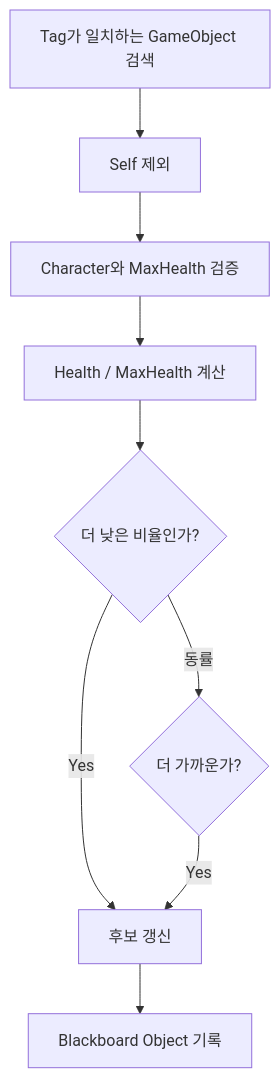
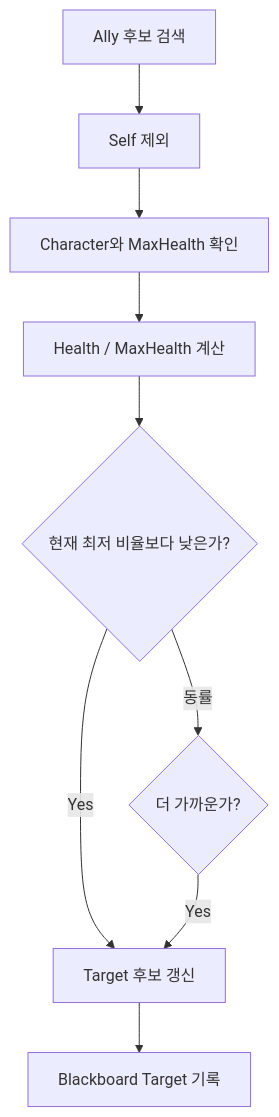
Before and after one commit to DuckBaee/AR-Autobattler-Code-Portfolio: the second of 3 diagrams in Docs/Architecture.md, drawn with Mermaid. The commit also changed other lines of this file and 5 other files, not shown here.

````diff
--- a/Docs/Architecture.md
+++ b/Docs/Architecture.md
@@ -76,11 +76,11 @@
 ```mermaid
 flowchart TD
-    Candidates[Tag가 일치하는 GameObject 검색] --> ExcludeSelf[Self 제외]
-    ExcludeSelf --> Validate[Character와 MaxHealth 검증]
+    Candidates[Ally 후보 검색] --> ExcludeSelf[Self 제외]
+    ExcludeSelf --> Validate[Character와 MaxHealth 확인]
     Validate --> Ratio[Health / MaxHealth 계산]
-    Ratio --> Lowest{더 낮은 비율인가?}
-    Lowest -->|Yes| Select[후보 갱신]
+    Ratio --> Lowest{현재 최저 비율보다 낮은가?}
+    Lowest -->|Yes| Select[Target 후보 갱신]
     Lowest -->|동률| Nearer{더 가까운가?}
     Nearer -->|Yes| Select
-    Select --> Output[Blackboard Object 기록]
+    Select --> Output[Blackboard Target 기록]
 ```
````
